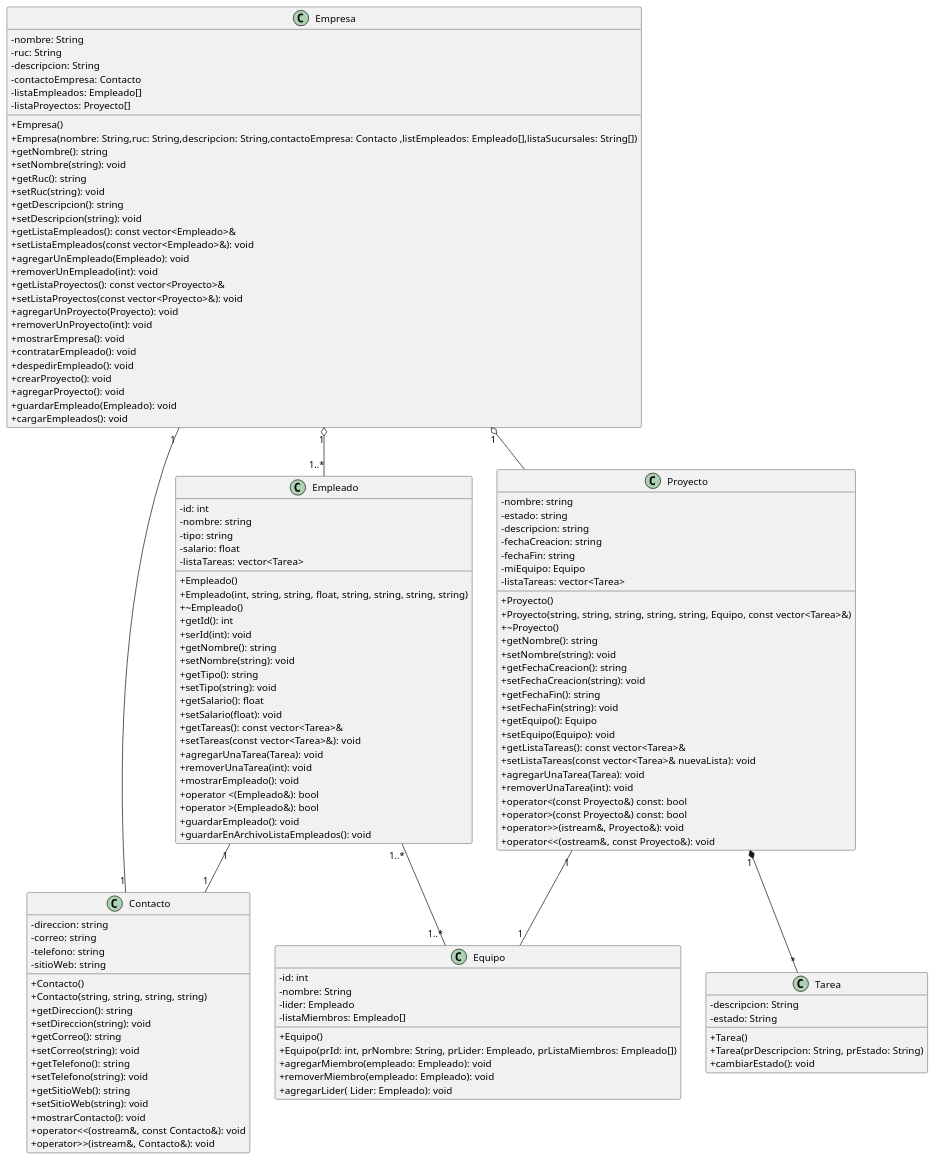
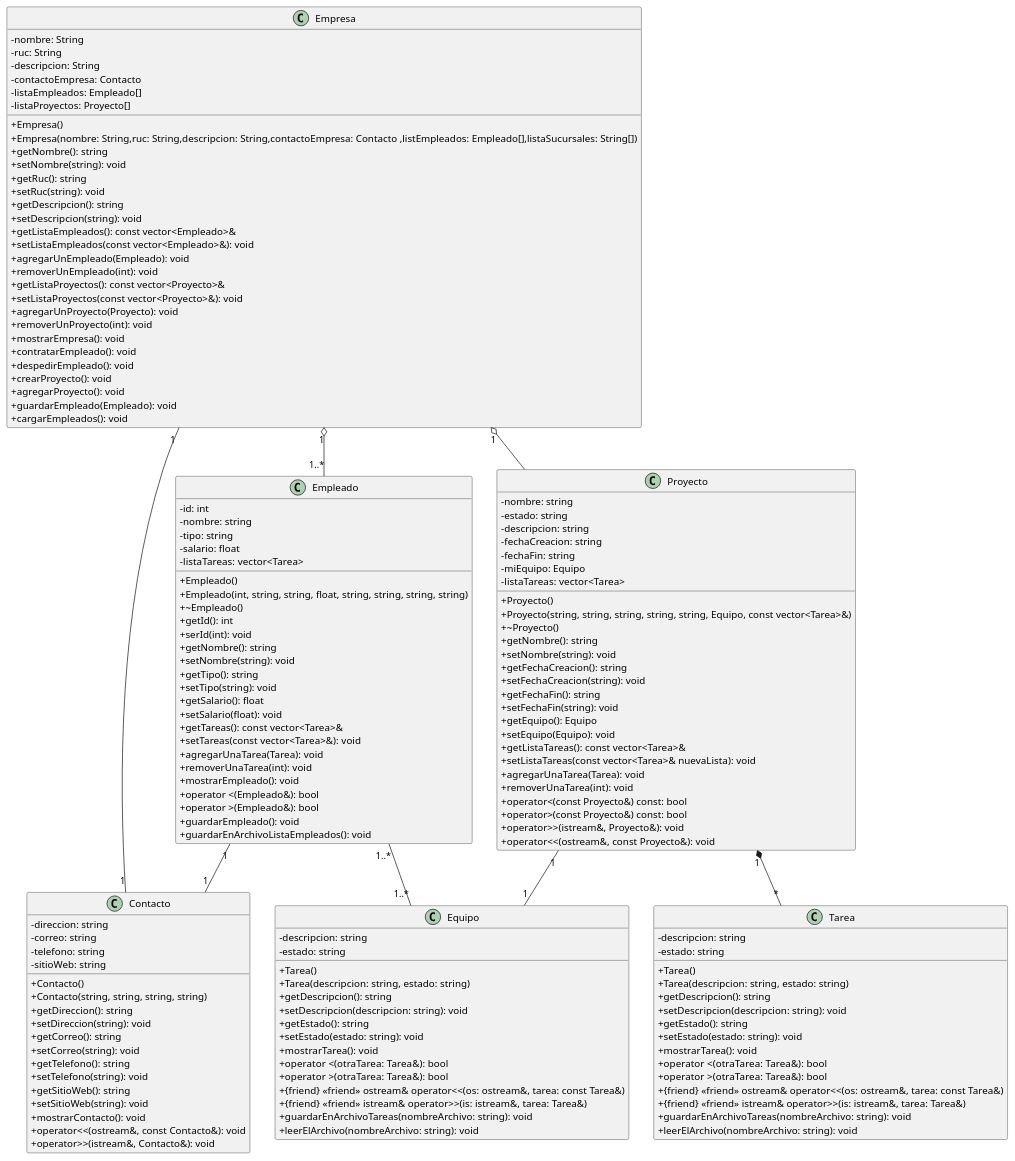
One commit to royfrankly/empresaurios changed the diagram in diagramaClass.puml. Above: the diagram before and after it, drawn with PlantUML.

Commit message:
Update diagramaClass.puml
Clases completas

```diff
--- a/diagramaClass.puml
+++ b/diagramaClass.puml
@@ -1,138 +1,153 @@
 @startuml
 skinparam ClassAttributeIconSize 0
 class Empresa {
-    -nombre: String
-    -ruc: String
-    -descripcion: String
-    -contactoEmpresa: Contacto
-    -listaEmpleados: Empleado[]
-    -listaProyectos: Proyecto[]
+    - nombre: String
+    - ruc: String
+    - descripcion: String
+    - contactoEmpresa: Contacto
+    - listaEmpleados: Empleado[]
+    - listaProyectos: Proyecto[]
 
     +Empresa()
     +Empresa(nombre: String,ruc: String,descripcion: String,contactoEmpresa: Contacto ,listEmpleados: Empleado[],listaSucursales: String[])
     + getNombre(): string
     + setNombre(string): void
     + getRuc(): string
     + setRuc(string): void
     + getDescripcion(): string
     + setDescripcion(string): void
     + getListaEmpleados(): const vector<Empleado>&
     + setListaEmpleados(const vector<Empleado>&): void
     + agregarUnEmpleado(Empleado): void
     + removerUnEmpleado(int): void
     + getListaProyectos(): const vector<Proyecto>&
     + setListaProyectos(const vector<Proyecto>&): void
     + agregarUnProyecto(Proyecto): void
     + removerUnProyecto(int): void
     + mostrarEmpresa(): void
     + contratarEmpleado(): void
     + despedirEmpleado(): void
     + crearProyecto(): void
     + agregarProyecto(): void
     + guardarEmpleado(Empleado): void
     + cargarEmpleados(): void
 }
 
 class Empleado {
-  - id: int
-  - nombre: string
-  - tipo: string
-  - salario: float
-  - listaTareas: vector<Tarea>
-  + Empleado()
-  + Empleado(int, string, string, float, string, string, string, string)
-  + ~Empleado()
-  + getId(): int
-  + serId(int): void
-  + getNombre(): string
-  + setNombre(string): void
-  + getTipo(): string
-  + setTipo(string): void
-  + getSalario(): float
-  + setSalario(float): void
-  + getTareas(): const vector<Tarea>&
-  + setTareas(const vector<Tarea>&): void
-  + agregarUnaTarea(Tarea): void
-  + removerUnaTarea(int): void
-  + mostrarEmpleado(): void
-  + operator <(Empleado&): bool
-  + operator >(Empleado&): bool
-  + guardarEmpleado(): void
-  + guardarEnArchivoListaEmpleados(): void
+    - id: int
+    - nombre: string
+    - tipo: string   
+    - salario: float
+    - listaTareas: vector<Tarea>
+    + Empleado()
+    + Empleado(int, string, string, float, string, string, string, string)
+    + ~Empleado()
+    + getId(): int
+    + serId(int): void
+    + getNombre(): string
+    + setNombre(string): void
+    + getTipo(): string
+    + setTipo(string): void
+    + getSalario(): float
+    + setSalario(float): void
+    + getTareas(): const vector<Tarea>&
+    + setTareas(const vector<Tarea>&): void
+    + agregarUnaTarea(Tarea): void
+    + removerUnaTarea(int): void
+    + mostrarEmpleado(): void
+    + operator <(Empleado&): bool
+    + operator >(Empleado&): bool
+    + guardarEmpleado(): void
+    + guardarEnArchivoListaEmpleados(): void
 }
 class Contacto{
-  - direccion: string
-  - correo: string
-  - telefono: string
-  - sitioWeb: string
-  + Contacto()
-  + Contacto(string, string, string, string)
-  + getDireccion(): string
-  + setDireccion(string): void
-  + getCorreo(): string
-  + setCorreo(string): void
-  + getTelefono(): string
-  + setTelefono(string): void
-  + getSitioWeb(): string
-  + setSitioWeb(string): void
-  + mostrarContacto(): void
-  + operator<<(ostream&, const Contacto&): void
-  + operator>>(istream&, Contacto&): void
+    - direccion: string
+    - correo: string
+    - telefono: string
+    - sitioWeb: string
+    + Contacto()
+    + Contacto(string, string, string, string)
+    + getDireccion(): string
+    + setDireccion(string): void
+    + getCorreo(): string
+    + setCorreo(string): void
+    + getTelefono(): string
+    + setTelefono(string): void
+    + getSitioWeb(): string
+    + setSitioWeb(string): void
+    + mostrarContacto(): void
+    + operator<<(ostream&, const Contacto&): void
+    + operator>>(istream&, Contacto&): void
 }  
 
 class Proyecto {
-  - nombre: string
-  - estado: string
-  - descripcion: string
-  - fechaCreacion: string
-  - fechaFin: string
-  - miEquipo: Equipo
-  - listaTareas: vector<Tarea>
-  + Proyecto()
-  + Proyecto(string, string, string, string, string, Equipo, const vector<Tarea>&)
-  + ~Proyecto()
-  + getNombre(): string
-  + setNombre(string): void
-  + getFechaCreacion(): string
-  + setFechaCreacion(string): void
-  + getFechaFin(): string
-  + setFechaFin(string): void
-  + getEquipo(): Equipo
-  + setEquipo(Equipo): void
-  + getListaTareas(): const vector<Tarea>&
-  + setListaTareas(const vector<Tarea>& nuevaLista): void
-  + agregarUnaTarea(Tarea): void
-  + removerUnaTarea(int): void
-  + operator<(const Proyecto&) const: bool
-  + operator>(const Proyecto&) const: bool
-  + operator>>(istream&, Proyecto&): void
-  + operator<<(ostream&, const Proyecto&): void
+    - nombre: string
+    - estado: string
+    - descripcion: string
+    - fechaCreacion: string
+    - fechaFin: string
+    - miEquipo: Equipo
+    - listaTareas: vector<Tarea>
+    + Proyecto()
+    + Proyecto(string, string, string, string, string, Equipo, const vector<Tarea>&)
+    + ~Proyecto()
+    + getNombre(): string
+    + setNombre(string): void
+    + getFechaCreacion(): string
+    + setFechaCreacion(string): void
+    + getFechaFin(): string
+    + setFechaFin(string): void
+    + getEquipo(): Equipo
+    + setEquipo(Equipo): void
+    + getListaTareas(): const vector<Tarea>&
+    + setListaTareas(const vector<Tarea>& nuevaLista): void
+    + agregarUnaTarea(Tarea): void
+    + removerUnaTarea(int): void
+    + operator<(const Proyecto&) const: bool
+    + operator>(const Proyecto&) const: bool
+    + operator>>(istream&, Proyecto&): void
+    + operator<<(ostream&, const Proyecto&): void
 }
 
 class Equipo {
-    -id: int
-    -nombre: String
-    -lider: Empleado
-    -listaMiembros: Empleado[]
-
-    +Equipo()
-    +Equipo(prId: int, prNombre: String, prLider: Empleado, prListaMiembros: Empleado[])
-    +agregarMiembro(empleado: Empleado): void
-    +removerMiembro(empleado: Empleado): void
-    +agregarLider( Lider: Empleado): void
+    - descripcion: string
+    - estado: string
+    + Tarea()
+    + Tarea(descripcion: string, estado: string)
+    + getDescripcion(): string
+    + setDescripcion(descripcion: string): void
+    + getEstado(): string
+    + setEstado(estado: string): void
+    + mostrarTarea(): void
+    + operator <(otraTarea: Tarea&): bool
+    + operator >(otraTarea: Tarea&): bool
+    + {friend} <<friend>> ostream& operator<<(os: ostream&, tarea: const Tarea&)
+    + {friend} <<friend>> istream& operator>>(is: istream&, tarea: Tarea&)
+    + guardarEnArchivoTareas(nombreArchivo: string): void
+    + leerElArchivo(nombreArchivo: string): void
 }
 Class Tarea {
-    -descripcion: String
-    -estado: String
-    +Tarea()
-    +Tarea(prDescripcion: String, prEstado: String)
-    +cambiarEstado(): void
+    - descripcion: string
+    - estado: string
+    + Tarea()
+    + Tarea(descripcion: string, estado: string)
+    + getDescripcion(): string
+    + setDescripcion(descripcion: string): void
+    + getEstado(): string
+    + setEstado(estado: string): void
+    + mostrarTarea(): void
+    + operator <(otraTarea: Tarea&): bool
+    + operator >(otraTarea: Tarea&): bool
+    + {friend} <<friend>> ostream& operator<<(os: ostream&, tarea: const Tarea&)
+    + {friend} <<friend>> istream& operator>>(is: istream&, tarea: Tarea&)
+    + guardarEnArchivoTareas(nombreArchivo: string): void
+    + leerElArchivo(nombreArchivo: string): void
 }
 Empresa "1"-- "1" Contacto
 Empleado "1"--"1" Contacto
 Empresa "1" o--"1..*"Empleado 
 Empleado "1..*"--"1..*" Equipo
 Proyecto "1" --"1" Equipo
 Proyecto "1"*--"*" Tarea
 Empresa "1" o-- Proyecto
 @enduml
```
